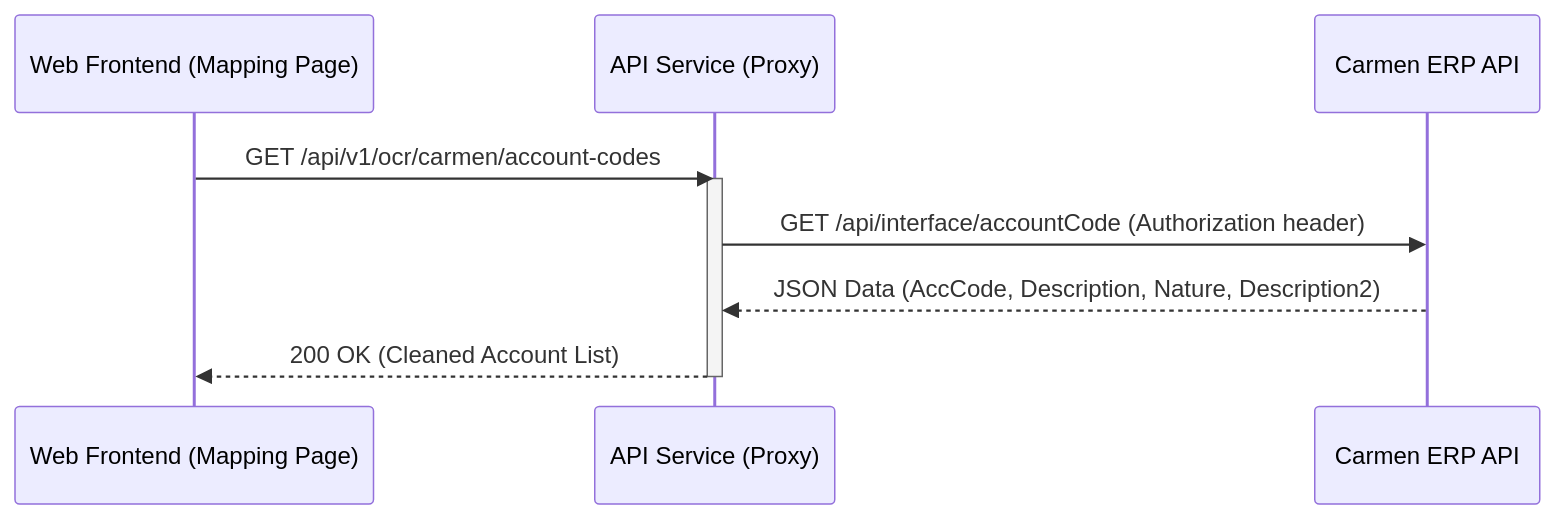
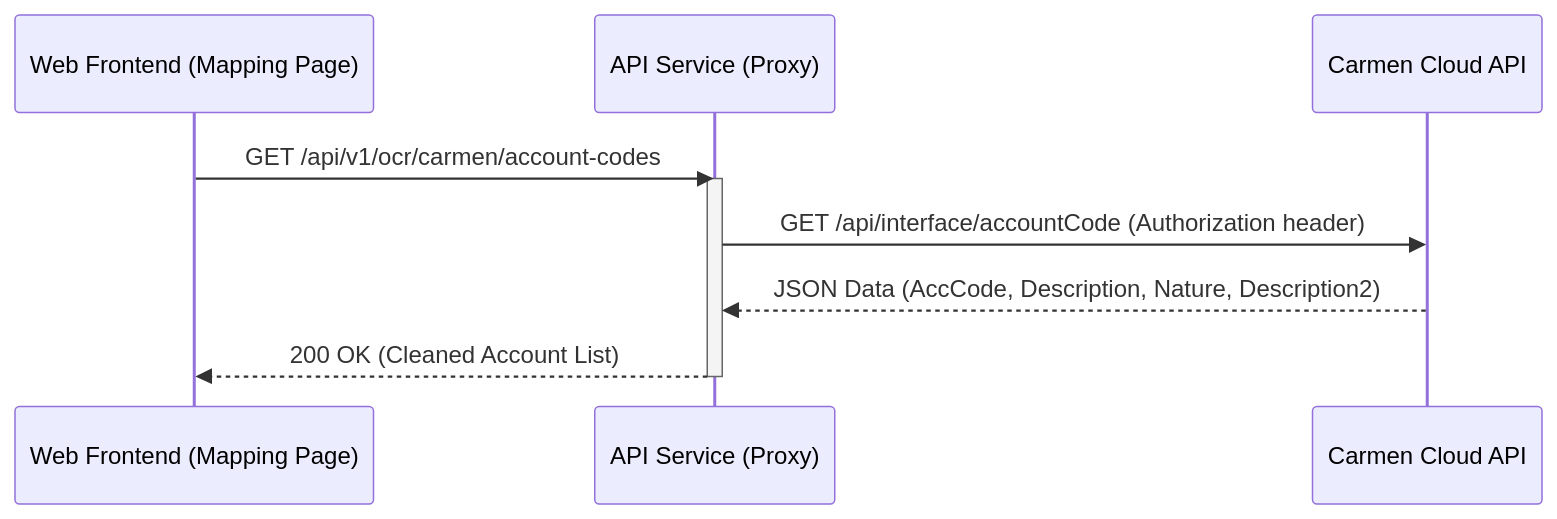
The fifth of 8 diagrams in docs/Software_Requirements_Specification.md (SupportCarmen/OCR), drawn with Mermaid before and after one commit. The commit also changed other lines of this file and 31 other files, not shown here.

````diff
--- a/docs/Software_Requirements_Specification.md
+++ b/docs/Software_Requirements_Specification.md
@@ -224,13 +224,13 @@
 ```mermaid
 sequenceDiagram
     participant UI as Web Frontend (Mapping Page)
     participant API as API Service (Proxy)
-    participant Carmen as Carmen ERP API
+    participant Carmen as Carmen Cloud API
 
     UI->>API: GET /api/v1/ocr/carmen/account-codes
     activate API
     API->>Carmen: GET /api/interface/accountCode (Authorization header)
     Carmen-->>API: JSON Data (AccCode, Description, Nature, Description2)
     API-->>UI: 200 OK (Cleaned Account List)
     deactivate API
 ```
````
